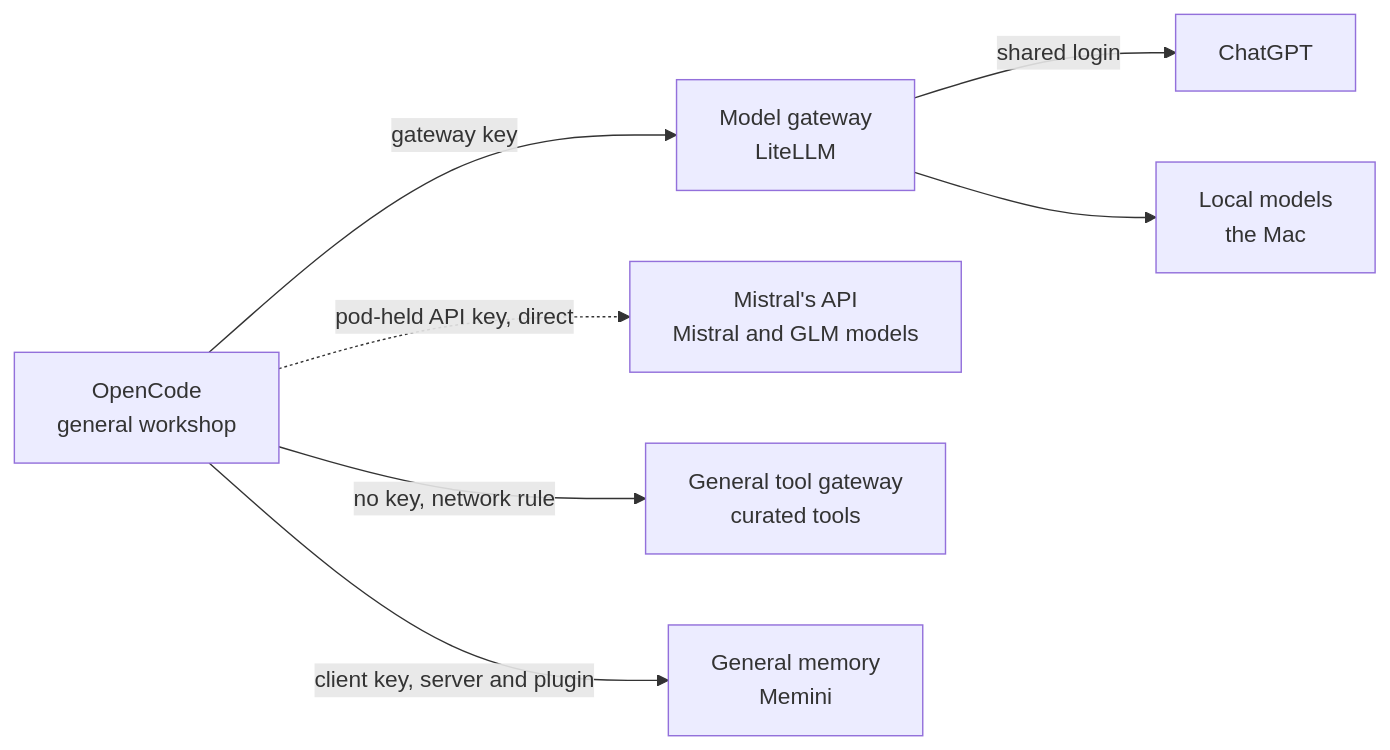
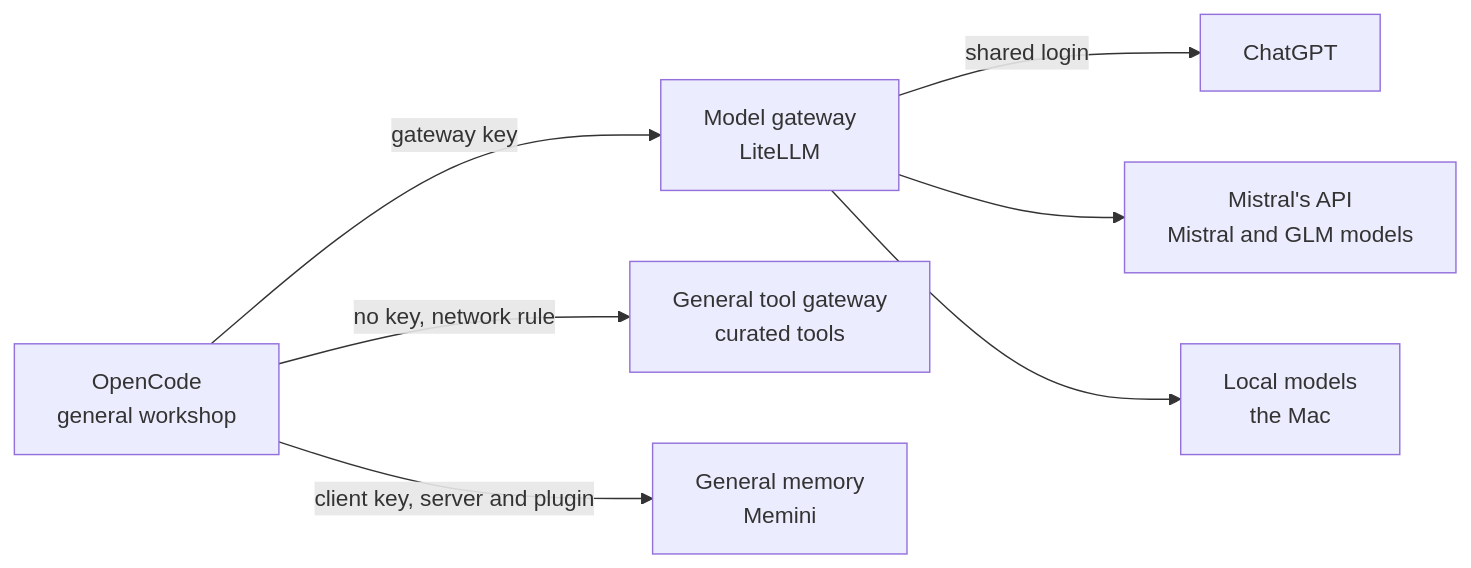
The third of 6 diagrams in kubernetes/apps/main/llm/docs/wiring.md (h-wb/home-ops), drawn with Mermaid before and after one commit. The commit also changed other lines of this file and 7 other files, not shown here.

````diff
--- a/kubernetes/apps/main/llm/docs/wiring.md
+++ b/kubernetes/apps/main/llm/docs/wiring.md
@@ -74,16 +74,16 @@
 ```mermaid
 flowchart LR
     A["OpenCode<br/>general workshop"]:::general
     L["Model gateway<br/>LiteLLM"]:::shared
     CG["ChatGPT"]:::outside
+    MI["Mistral's API<br/>Mistral and GLM models"]:::outside
     LO["Local models<br/>the Mac"]:::outside
-    MI["Mistral's API<br/>Mistral and GLM models"]:::outside
     T["General tool gateway<br/>curated tools"]:::general
     M["General memory<br/>Memini"]:::general
     A -->|"gateway key"| L
     L -->|"shared login"| CG
+    L --> MI
     L --> LO
-    A -.->|"pod-held API key, direct"| MI
     A -->|"no key, network rule"| T
     A -->|"client key, server and plugin"| M
 ```
````
